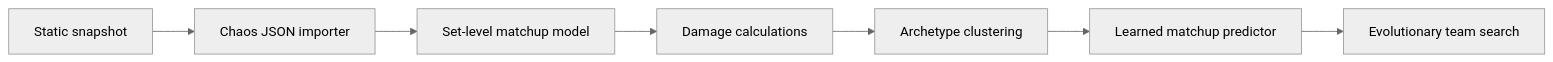
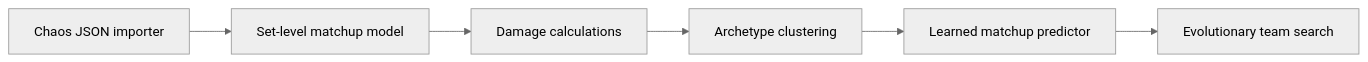
Before and after one commit to kshinyam/PokeMeta: the third of 3 diagrams in docs/ARCHITECTURE.md, drawn with Mermaid (neutral theme). The commit also changed other lines of this file and 12 other files, not shown here.

```diff
--- a/docs/ARCHITECTURE.md
+++ b/docs/ARCHITECTURE.md
@@ -114,9 +124,8 @@
 ~~~mermaid
 flowchart LR
-    A["Static snapshot"] --> B["Chaos JSON importer"]
-    B --> C["Set-level matchup model"]
-    C --> D["Damage calculations"]
-    D --> E["Archetype clustering"]
-    E --> F["Learned matchup predictor"]
-    F --> G["Evolutionary team search"]
+    A["Chaos JSON importer"] --> B["Set-level matchup model"]
+    B --> C["Damage calculations"]
+    C --> D["Archetype clustering"]
+    D --> E["Learned matchup predictor"]
+    E --> F["Evolutionary team search"]
 ~~~
```
